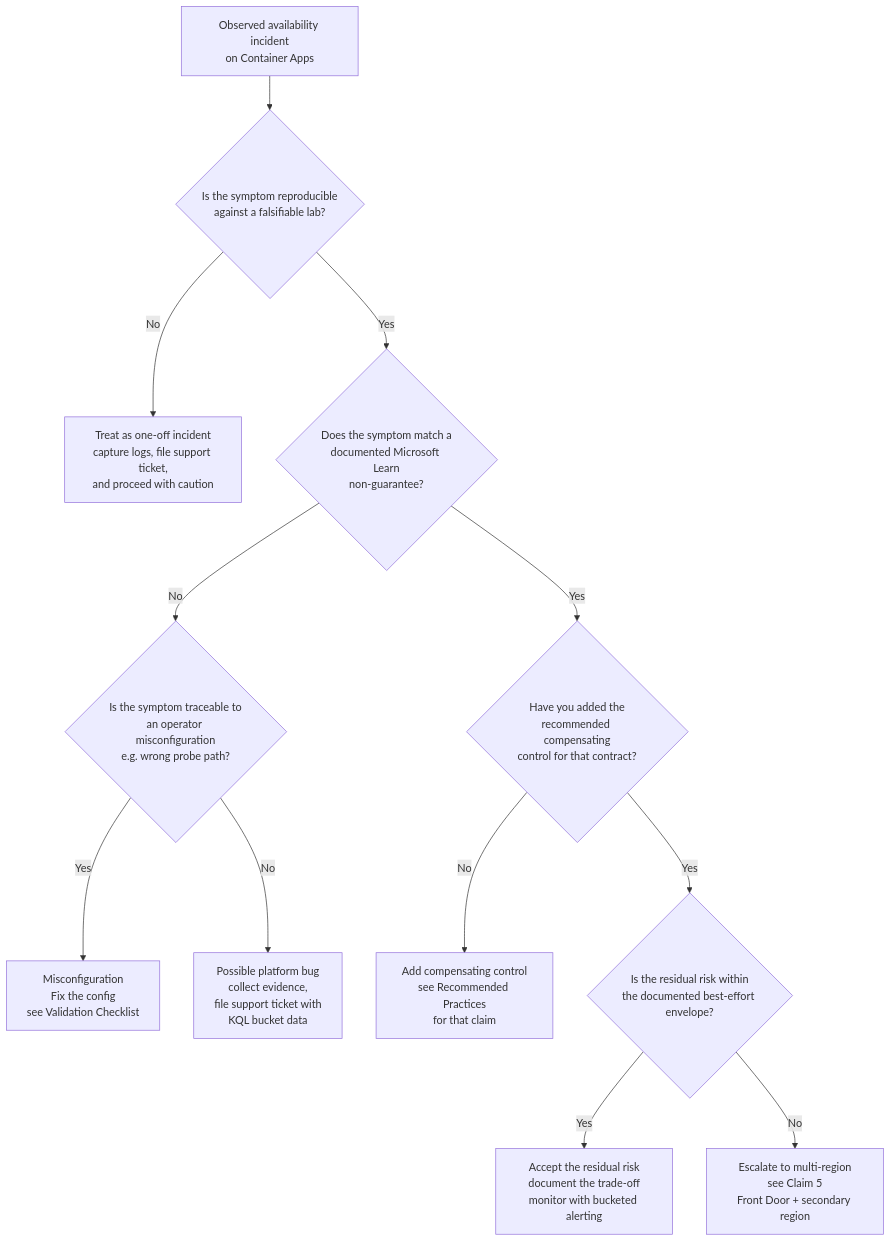
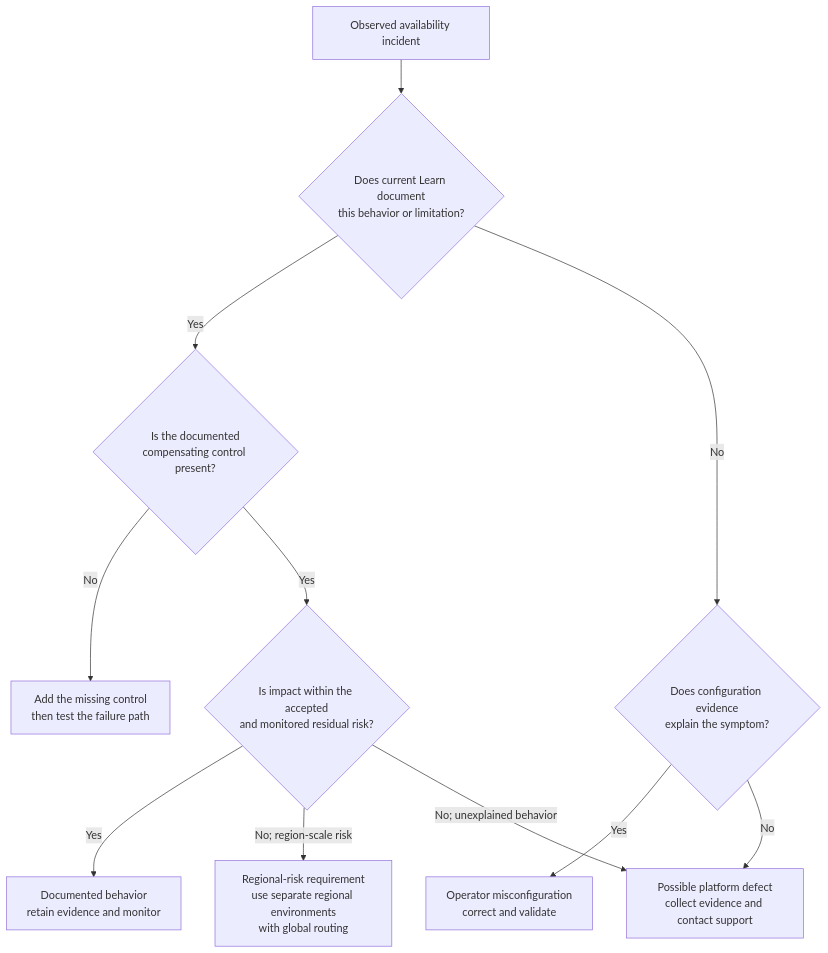
Before and after one commit to yeongseon/azure-container-apps-practical-guide: the diagram in docs/best-practices/availability-and-non-guarantees.md, drawn with Mermaid. The commit also changed other lines of this file and 8 other files, not shown here.

First line of the commit message:
docs(diagrams): migrate the Container Apps best-practices diagrams (#617)

````diff
--- a/docs/best-practices/availability-and-non-guarantees.md
+++ b/docs/best-practices/availability-and-non-guarantees.md
@@ -54,14 +54,27 @@
 ```mermaid
 flowchart TD
-    A[Observed availability incident<br/>on Container Apps] --> B{Is the symptom reproducible<br/>against a falsifiable lab?}
-    B -->|No| C[Treat as one-off incident<br/>capture logs, file support ticket,<br/>and proceed with caution]
-    B -->|Yes| D{Does the symptom match a<br/>documented Microsoft Learn<br/>non-guarantee?}
-    D -->|No| E{Is the symptom traceable to<br/>an operator misconfiguration<br/>e.g. wrong probe path?}
-    E -->|Yes| F[Misconfiguration<br/>Fix the config<br/>see Validation Checklist]
-    E -->|No| G[Possible platform bug<br/>collect evidence,<br/>file support ticket with<br/>KQL bucket data]
-    D -->|Yes| H{Have you added the<br/>recommended compensating<br/>control for that contract?}
-    H -->|No| I[Add compensating control<br/>see Recommended Practices<br/>for that claim]
-    H -->|Yes| J{Is the residual risk within<br/>the documented best-effort envelope?}
-    J -->|Yes| K[Accept the residual risk<br/>document the trade-off<br/>monitor with bucketed alerting]
-    J -->|No| L[Escalate to multi-region<br/>see Claim 5<br/>Front Door + secondary region]
+    accTitle: Classify a Container Apps availability incident
+    accDescr: Uses documented platform behavior, configuration evidence, and compensating controls to distinguish expected behavior, operator misconfiguration, and a possible platform defect.
+
+    INCIDENT["Observed availability incident"]
+    CONTRACT{"Does current Learn document<br/>this behavior or limitation?"}
+    CONFIG{"Does configuration evidence<br/>explain the symptom?"}
+    CONTROL{"Is the documented<br/>compensating control present?"}
+    RESIDUAL{"Is impact within the accepted<br/>and monitored residual risk?"}
+    EXPECTED["Documented behavior<br/>retain evidence and monitor"]
+    FIX["Operator misconfiguration<br/>correct and validate"]
+    ADD["Add the missing control<br/>then test the failure path"]
+    ESCALATE["Possible platform defect<br/>collect evidence and contact support"]
+    REGIONAL["Regional-risk requirement<br/>use separate regional environments<br/>with global routing"]
+
+    INCIDENT --> CONTRACT
+    CONTRACT -->|"Yes"| CONTROL
+    CONTRACT -->|"No"| CONFIG
+    CONFIG -->|"Yes"| FIX
+    CONFIG -->|"No"| ESCALATE
+    CONTROL -->|"No"| ADD
+    CONTROL -->|"Yes"| RESIDUAL
+    RESIDUAL -->|"Yes"| EXPECTED
+    RESIDUAL -->|"No; region-scale risk"| REGIONAL
+    RESIDUAL -->|"No; unexplained behavior"| ESCALATE
 ```
````
